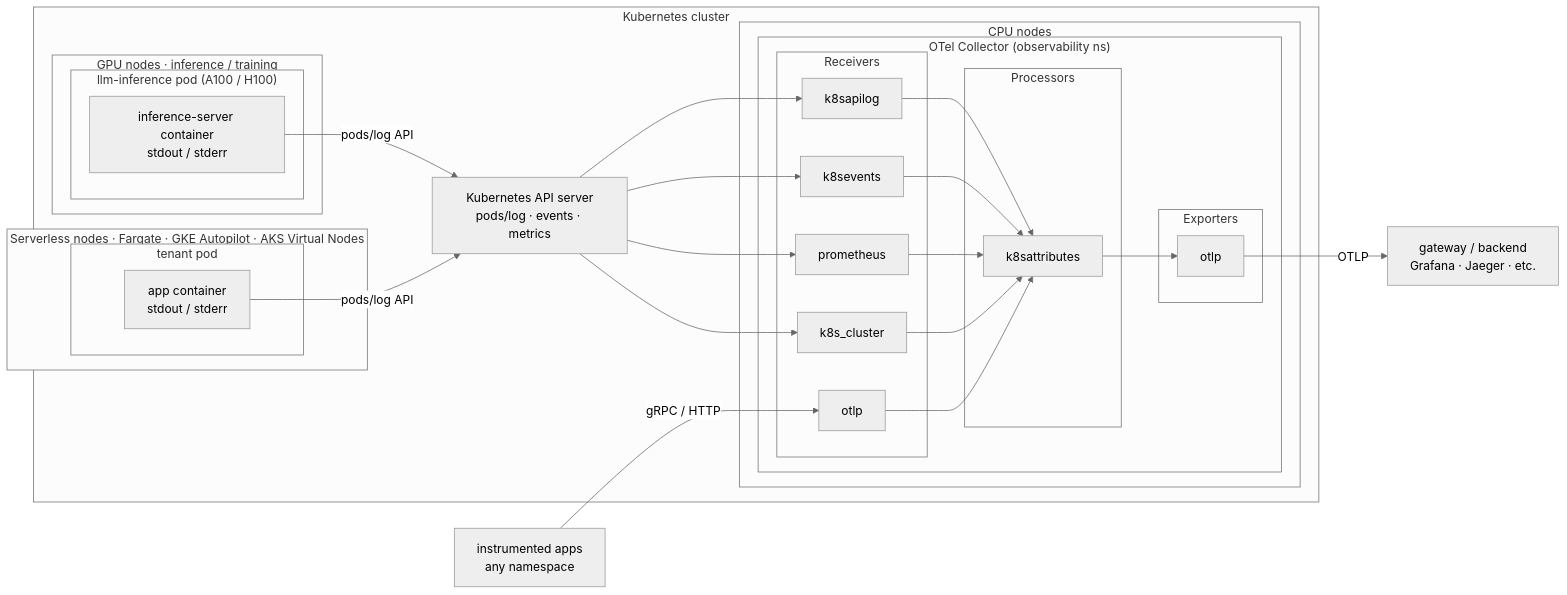
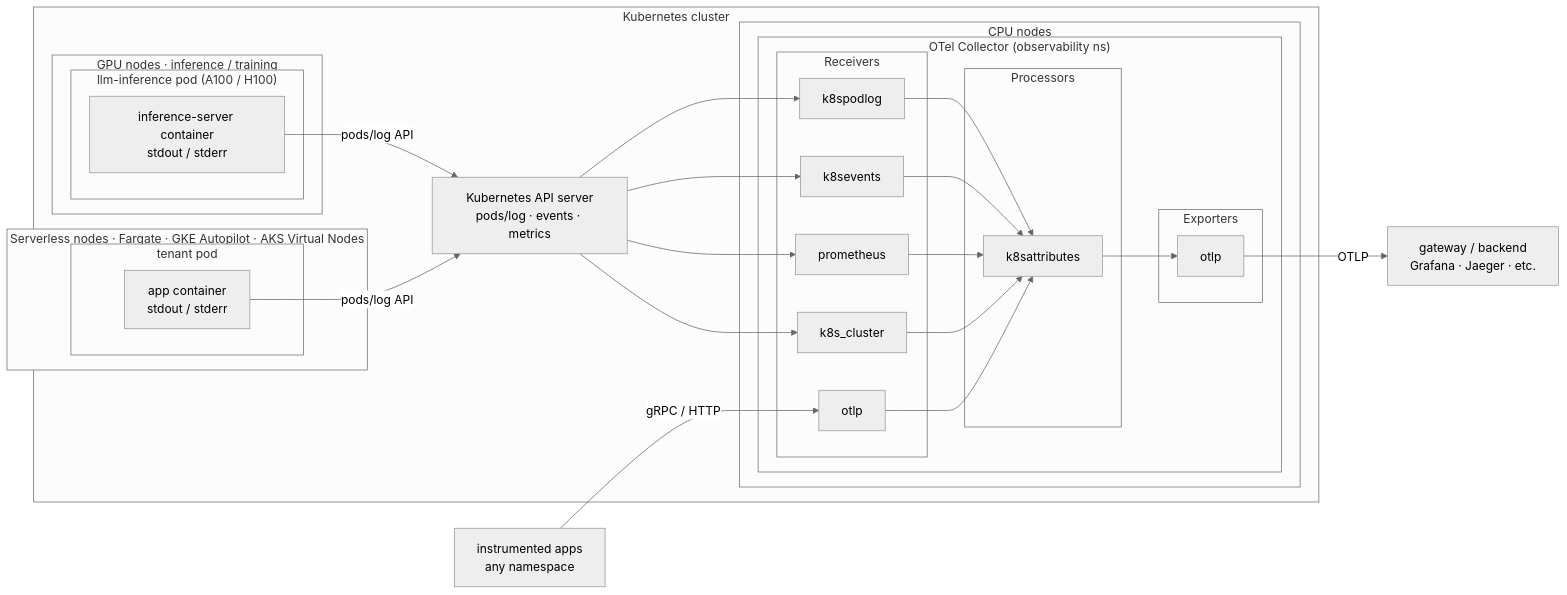
The diagram in docs/architecture.md (eugenekurasov/security-observability-stack), drawn with Mermaid (neutral theme) before and after one commit. The commit also changed other lines of this file and 40 other files, not shown here.

````diff
--- a/docs/architecture.md
+++ b/docs/architecture.md
@@ -17,47 +17,47 @@
 ```mermaid
 flowchart LR
     subgraph cluster["Kubernetes cluster"]
         subgraph gpu["GPU nodes  ·  inference / training"]
             subgraph llmpod["llm-inference pod  (A100 / H100)"]
                 container["inference-server container\nstdout / stderr"]
             end
         end
 
         subgraph serverless["Serverless nodes  ·  Fargate · GKE Autopilot · AKS Virtual Nodes"]
             subgraph svpod["tenant pod"]
                 svcontainer["app container\nstdout / stderr"]
             end
         end
 
         apiserver["Kubernetes API server\npods/log · events · metrics"]
 
         subgraph cpu["CPU nodes"]
             subgraph collector["OTel Collector  (observability ns)"]
                 subgraph recv["Receivers"]
-                    r1[k8sapilog]
+                    r1[k8spodlog]
                     r2[k8sevents]
                     r3[prometheus]
                     r4[k8s_cluster]
                     r5[otlp]
                 end
                 subgraph processors["Processors"]
                     p1[k8sattributes]
                 end
                 subgraph exporters["Exporters"]
                     e1[otlp]
                 end
             end
         end
     end
 
     apps["instrumented apps\nany namespace"]
     backend["gateway / backend\nGrafana · Jaeger · etc."]
 
     container -->|pods/log API| apiserver
     svcontainer -->|pods/log API| apiserver
     apiserver --> r1 & r2 & r3 & r4
     apps -->|gRPC / HTTP| r5
     r1 & r2 & r3 & r4 & r5 --> p1
     p1 --> e1
     e1 -->|OTLP| backend
 ```
````
